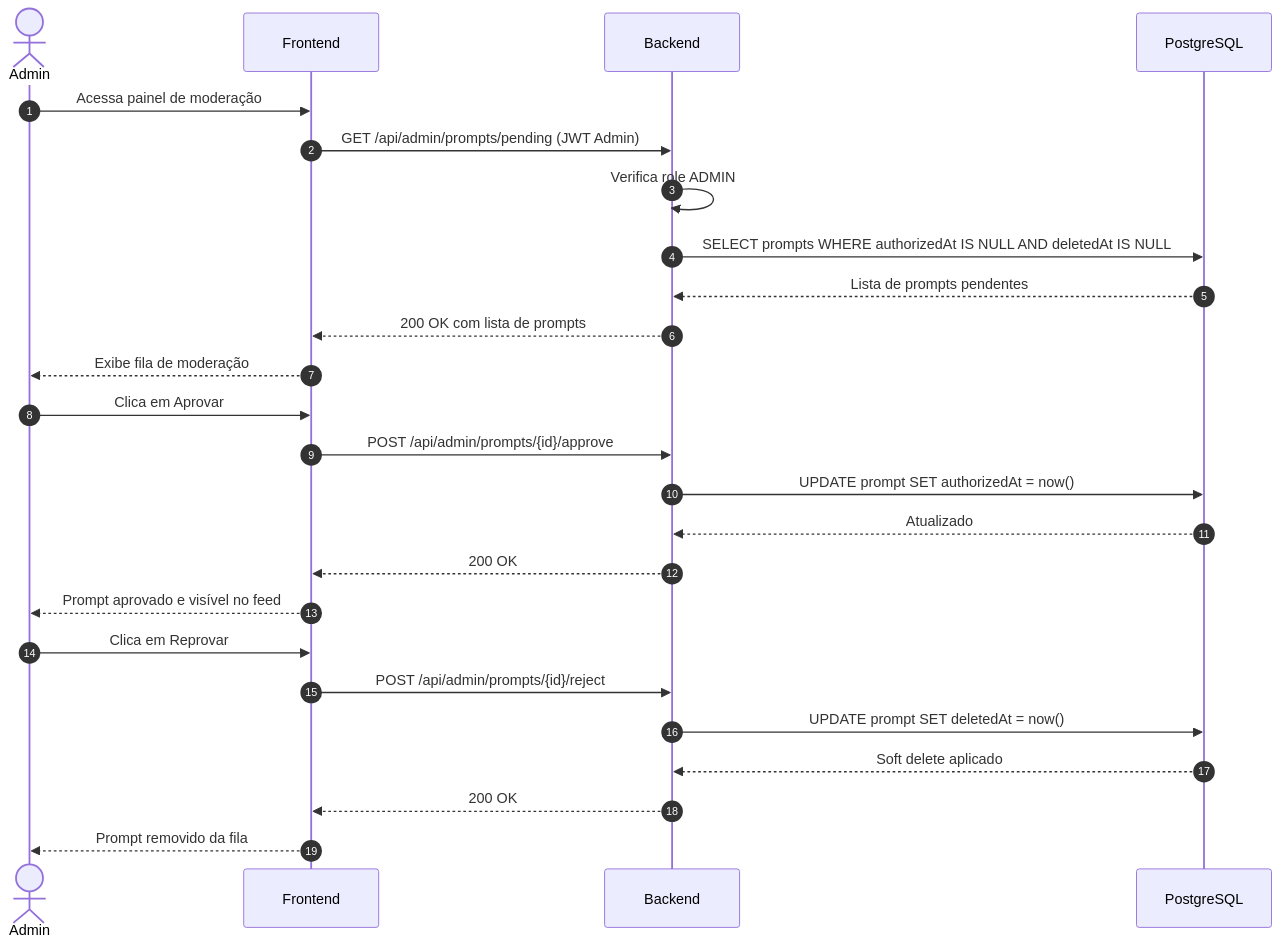
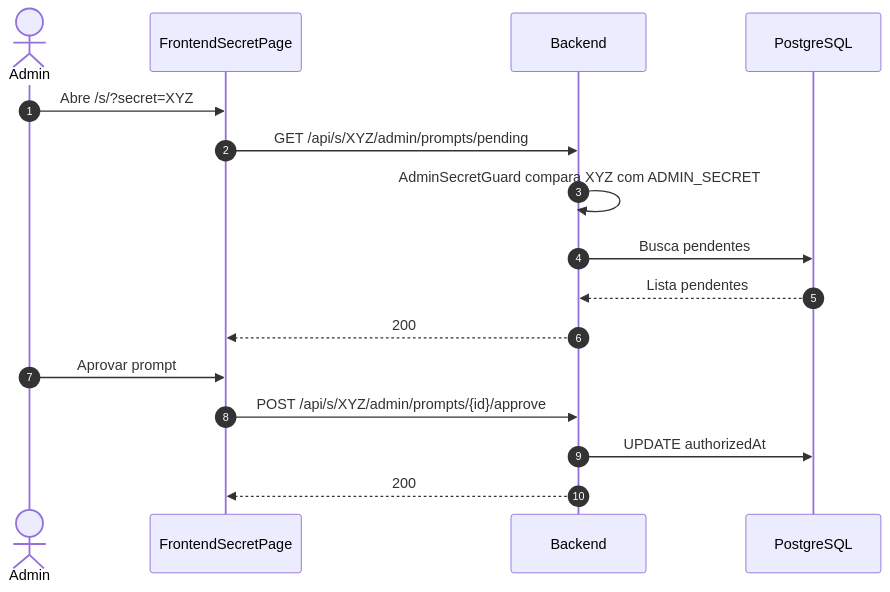
One commit to nataliarosa88/marketplace-de-prompts changed the sixth of 10 diagrams in README.md. Above: the diagram before and after it, drawn with Mermaid. The commit also changed other lines of this file and 31 other files, not shown here.

First line of the commit message:
Remove auth flow and switch admin to secret URL.

````diff
--- a/README.md
+++ b/README.md
@@ -278,30 +194,20 @@
 ```mermaid
 sequenceDiagram
     autonumber
     actor A as Admin
-    participant FE as Frontend
+    participant FE as FrontendSecretPage
     participant BE as Backend
     participant DB as PostgreSQL
 
-    A->>FE: Acessa painel de moderação
-    FE->>BE: GET /api/admin/prompts/pending (JWT Admin)
-    BE->>BE: Verifica role ADMIN
-    BE->>DB: SELECT prompts WHERE authorizedAt IS NULL AND deletedAt IS NULL
-    DB-->>BE: Lista de prompts pendentes
-    BE-->>FE: 200 OK com lista de prompts
-    FE-->>A: Exibe fila de moderação
+    A->>FE: Abre /s/?secret=XYZ
+    FE->>BE: GET /api/s/XYZ/admin/prompts/pending
+    BE->>BE: AdminSecretGuard compara XYZ com ADMIN_SECRET
+    BE->>DB: Busca pendentes
+    DB-->>BE: Lista pendentes
+    BE-->>FE: 200
 
-    A->>FE: Clica em Aprovar
-    FE->>BE: POST /api/admin/prompts/{id}/approve
-    BE->>DB: UPDATE prompt SET authorizedAt = now()
-    DB-->>BE: Atualizado
-    BE-->>FE: 200 OK
-    FE-->>A: Prompt aprovado e visível no feed
-
-    A->>FE: Clica em Reprovar
-    FE->>BE: POST /api/admin/prompts/{id}/reject
-    BE->>DB: UPDATE prompt SET deletedAt = now()
-    DB-->>BE: Soft delete aplicado
-    BE-->>FE: 200 OK
-    FE-->>A: Prompt removido da fila
+    A->>FE: Aprovar prompt
+    FE->>BE: POST /api/s/XYZ/admin/prompts/{id}/approve
+    BE->>DB: UPDATE authorizedAt
+    BE-->>FE: 200
 ```
````
